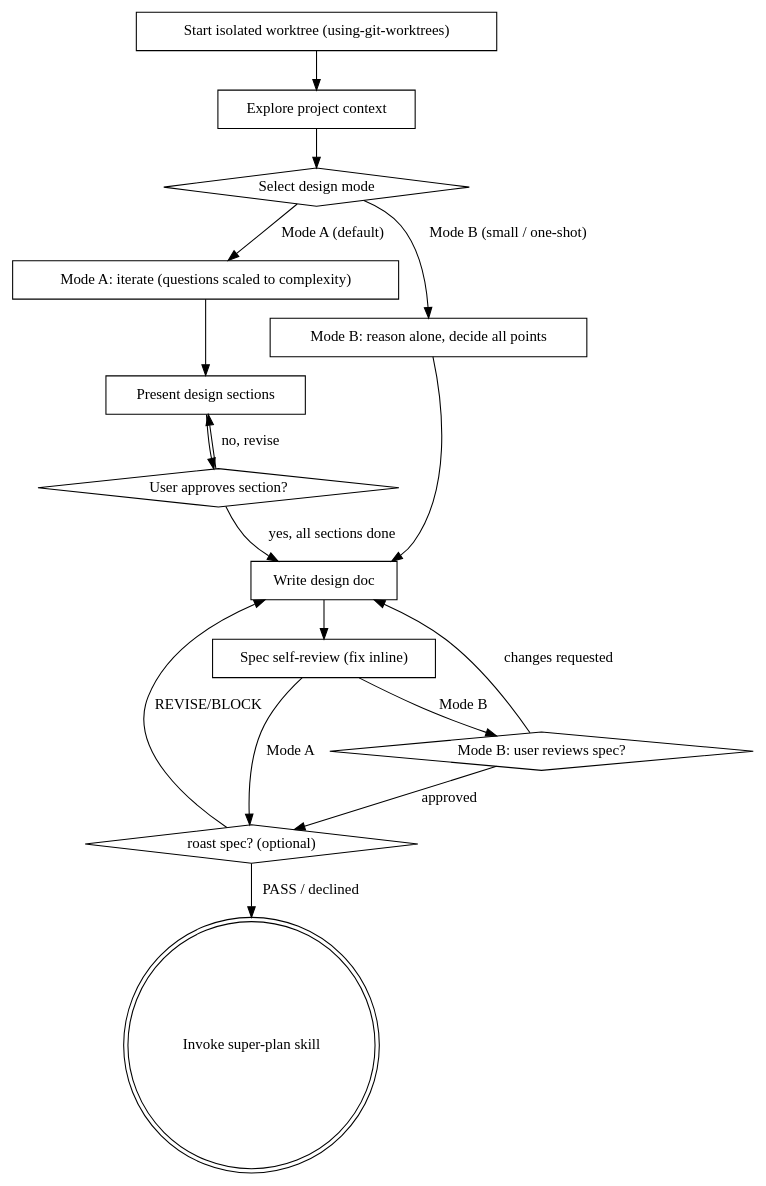
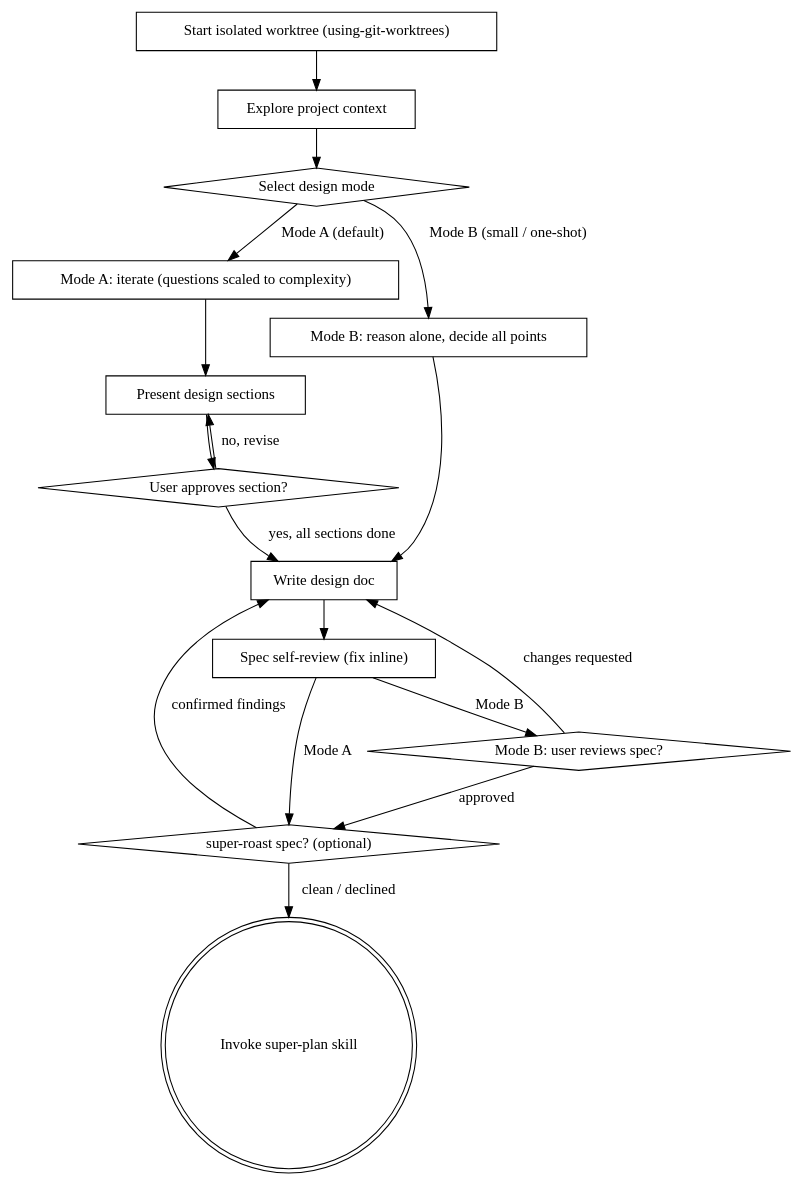
One commit to alepar/superpowers changed the diagram in skills/brainstorming/SKILL.md. Above: the diagram before and after it, drawn with Graphviz. The commit also changed other lines of this file and 8 other files, not shown here.

Commit message:
feat(super-roast)!: replace roast with super-roast; wire brainstorming + super-plan loop

````diff
--- a/skills/brainstorming/SKILL.md
+++ b/skills/brainstorming/SKILL.md
@@ -62,33 +62,33 @@
 ```dot
 digraph brainstorming {
     "Start isolated worktree (using-git-worktrees)" [shape=box];
     "Explore project context" [shape=box];
     "Select design mode" [shape=diamond];
     "Mode A: iterate (questions scaled to complexity)" [shape=box];
     "Mode B: reason alone, decide all points" [shape=box];
     "Present design sections" [shape=box];
     "User approves section?" [shape=diamond];
     "Write design doc" [shape=box];
     "Spec self-review (fix inline)" [shape=box];
-    "roast spec? (optional)" [shape=diamond];
+    "super-roast spec? (optional)" [shape=diamond];
     "Mode B: user reviews spec?" [shape=diamond];
     "Invoke super-plan skill" [shape=doublecircle];
 
     "Start isolated worktree (using-git-worktrees)" -> "Explore project context";
     "Explore project context" -> "Select design mode";
     "Select design mode" -> "Mode A: iterate (questions scaled to complexity)" [label="Mode A (default)"];
     "Select design mode" -> "Mode B: reason alone, decide all points" [label="Mode B (small / one-shot)"];
     "Mode A: iterate (questions scaled to complexity)" -> "Present design sections";
     "Present design sections" -> "User approves section?";
     "User approves section?" -> "Present design sections" [label="no, revise"];
     "User approves section?" -> "Write design doc" [label="yes, all sections done"];
     "Mode B: reason alone, decide all points" -> "Write design doc";
     "Write design doc" -> "Spec self-review (fix inline)";
-    "Spec self-review (fix inline)" -> "roast spec? (optional)" [label="Mode A"];
+    "Spec self-review (fix inline)" -> "super-roast spec? (optional)" [label="Mode A"];
     "Spec self-review (fix inline)" -> "Mode B: user reviews spec?" [label="Mode B"];
     "Mode B: user reviews spec?" -> "Write design doc" [label="changes requested"];
-    "Mode B: user reviews spec?" -> "roast spec? (optional)" [label="approved"];
-    "roast spec? (optional)" -> "Write design doc" [label="REVISE/BLOCK"];
-    "roast spec? (optional)" -> "Invoke super-plan skill" [label="PASS / declined"];
+    "Mode B: user reviews spec?" -> "super-roast spec? (optional)" [label="approved"];
+    "super-roast spec? (optional)" -> "Write design doc" [label="confirmed findings"];
+    "super-roast spec? (optional)" -> "Invoke super-plan skill" [label="clean / declined"];
 }
 ```
````
